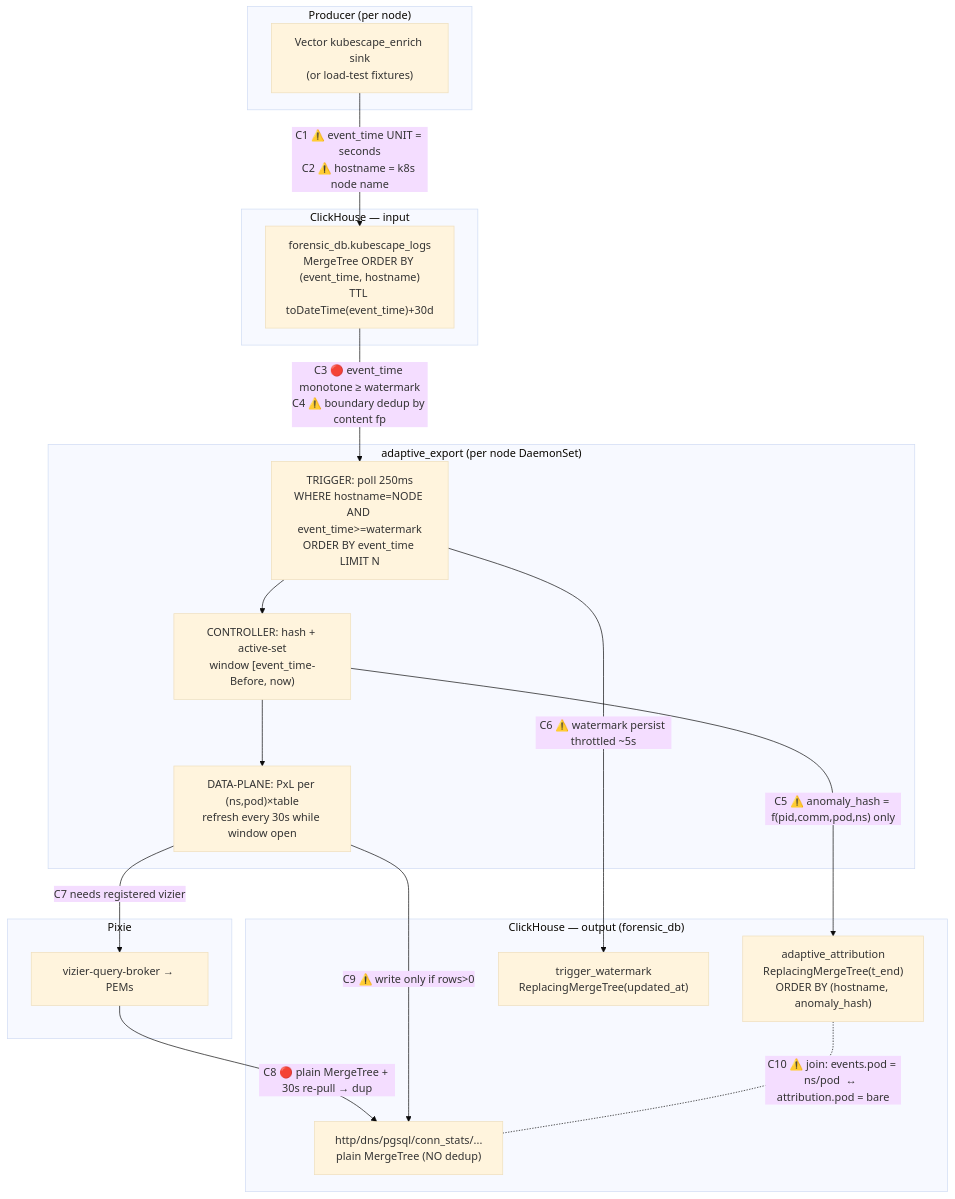
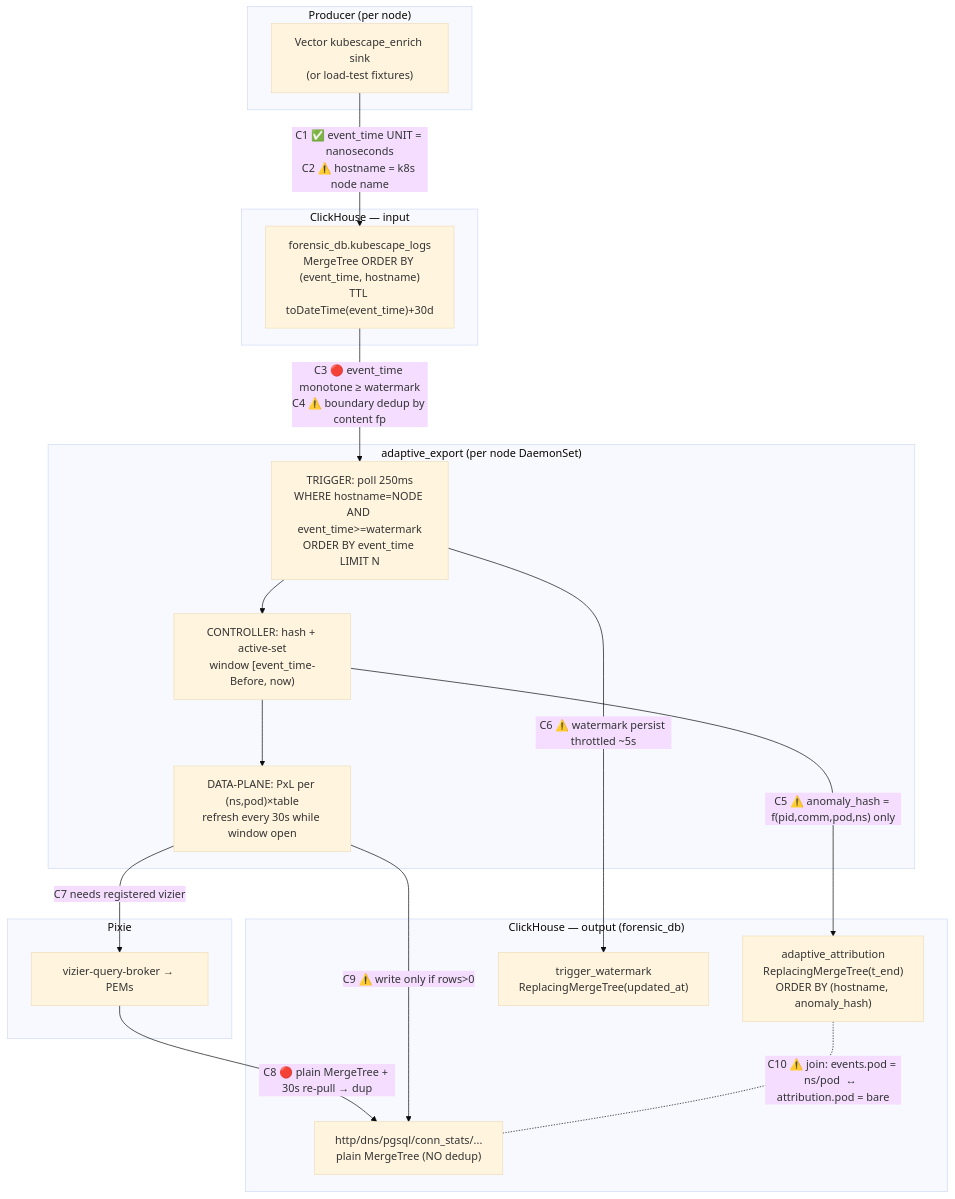
The first of 3 diagrams in src/e2e_test/adaptive_export_loadtest/CONTRACTS.md (k8sstormcenter/pixie), drawn with Mermaid (base theme) before and after one commit. The commit also changed other lines of this file and 41 other files, not shown here.

````diff
--- a/src/e2e_test/adaptive_export_loadtest/CONTRACTS.md
+++ b/src/e2e_test/adaptive_export_loadtest/CONTRACTS.md
@@ -10,33 +10,33 @@
 ```mermaid
 flowchart TD
     subgraph PROD["Producer (per node)"]
       VEC["Vector kubescape_enrich sink<br/>(or load-test fixtures)"]
     end
     subgraph CH1["ClickHouse — input"]
       KL["forensic_db.kubescape_logs<br/>MergeTree ORDER BY (event_time, hostname)<br/>TTL toDateTime(event_time)+30d"]
     end
     subgraph AE["adaptive_export (per node DaemonSet)"]
       TRG["TRIGGER: poll 250ms<br/>WHERE hostname=NODE AND event_time>=watermark<br/>ORDER BY event_time LIMIT N"]
       CTL["CONTROLLER: hash + active-set<br/>window [event_time-Before, now)"]
       PXL["DATA-PLANE: PxL per (ns,pod)×table<br/>refresh every 30s while window open"]
     end
     subgraph VZ["Pixie"]
       QB["vizier-query-broker → PEMs"]
     end
     subgraph CH2["ClickHouse — output (forensic_db)"]
       ATTR["adaptive_attribution<br/>ReplacingMergeTree(t_end)<br/>ORDER BY (hostname, anomaly_hash)"]
       WM["trigger_watermark<br/>ReplacingMergeTree(updated_at)"]
       PROT["http/dns/pgsql/conn_stats/...<br/>plain MergeTree (NO dedup)"]
     end
 
-    VEC -->|"C1 ⚠️ event_time UNIT = seconds<br/>C2 ⚠️ hostname = k8s node name"| KL
+    VEC -->|"C1 ✅ event_time UNIT = nanoseconds<br/>C2 ⚠️ hostname = k8s node name"| KL
     KL -->|"C3 🔴 event_time monotone ≥ watermark<br/>C4 ⚠️ boundary dedup by content fp"| TRG
     TRG --> CTL
     CTL -->|"C5 ⚠️ anomaly_hash = f(pid,comm,pod,ns) only"| ATTR
     TRG -->|"C6 ⚠️ watermark persist throttled ~5s"| WM
     CTL --> PXL
     PXL -->|"C7 needs registered vizier"| QB
     QB -->|"C8 🔴 plain MergeTree + 30s re-pull → dup"| PROT
     PXL -->|"C9 ⚠️ write only if rows>0"| PROT
     ATTR -. "C10 ⚠️ join: events.pod = ns/pod  ↔  attribution.pod = bare" .- PROT
 ```
````
